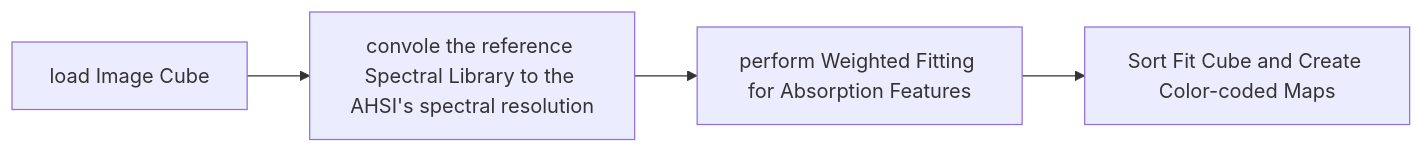
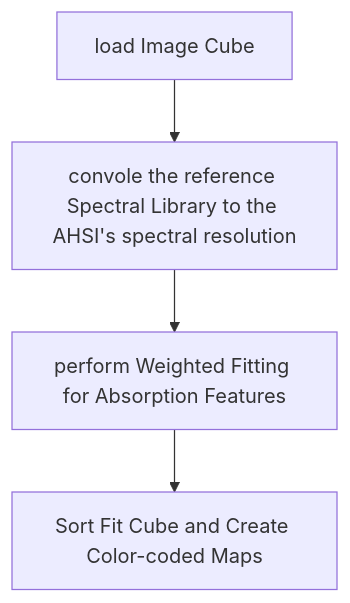
The diagram in README.md (leecugb/GeoAHSI), drawn with Mermaid before and after one commit. The commit also changed other lines of this file, not shown here.

````diff
--- a/README.md
+++ b/README.md
@@ -7,6 +7,6 @@
 ```mermaid
-graph LR
+graph TD
 A[load Image Cube] -->B[convole the reference Spectral Library to the AHSI's spectral resolution]
     B --> C[perform Weighted Fitting for Absorption Features]
     C --> D[Sort Fit Cube and Create Color-coded Maps]
 ```
````
